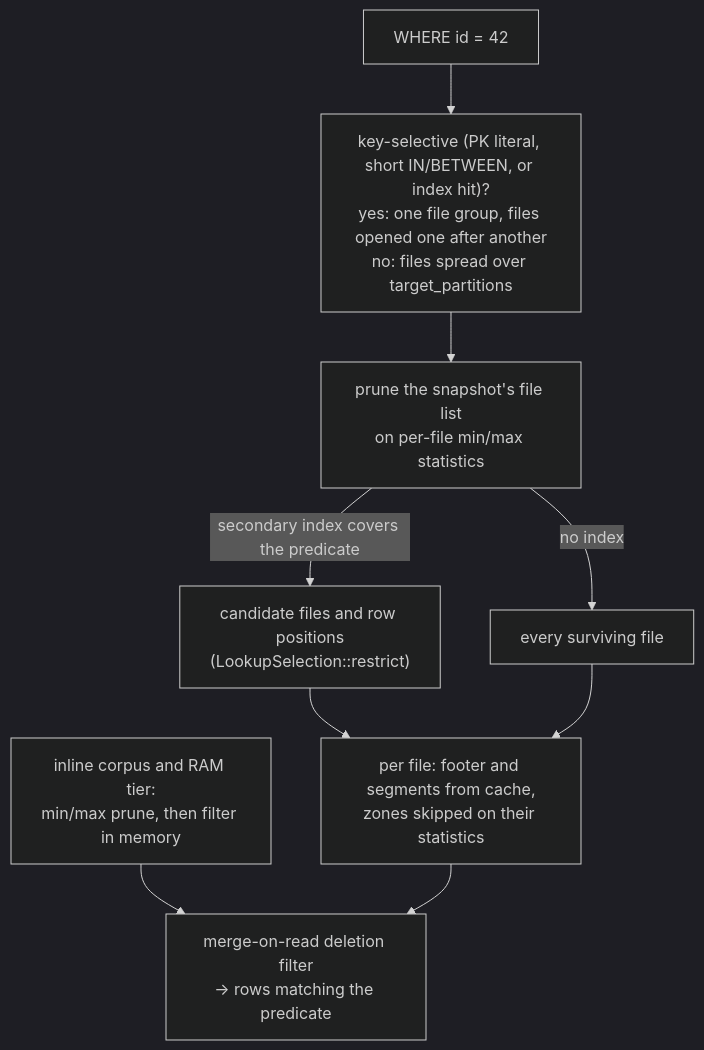
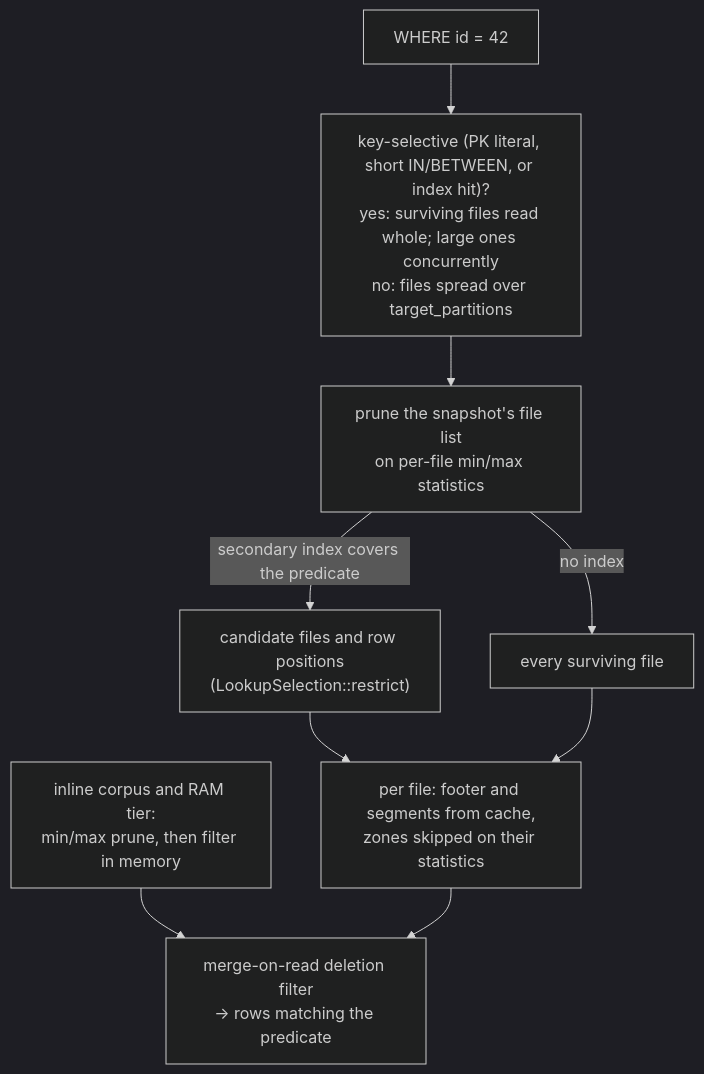
Diagram 19 of 22 in docs/cayenne/cayenne.md (spiceai/spiceai), drawn with Mermaid (dark theme) before and after one commit. The commit also changed other lines of this file and 4 other files, not shown here.

````diff
--- a/docs/cayenne/cayenne.md
+++ b/docs/cayenne/cayenne.md
@@ -1119,11 +1121,11 @@
 ```mermaid
 flowchart TB
-    Q["WHERE id = 42"] --> SEL["key-selective (PK literal, short IN/BETWEEN, or index hit)?<br/>yes: one file group, files opened one after another<br/>no: files spread over target_partitions"]
+    Q["WHERE id = 42"] --> SEL["key-selective (PK literal, short IN/BETWEEN, or index hit)?<br/>yes: surviving files read whole; large ones concurrently<br/>no: files spread over target_partitions"]
     SEL --> PRUNE["prune the snapshot's file list<br/>on per-file min/max statistics"]
     PRUNE -->|"secondary index covers the predicate"| ROWS["candidate files and row positions<br/>(LookupSelection::restrict)"]
     PRUNE -->|"no index"| FILES["every surviving file"]
     ROWS --> OPEN["per file: footer and segments from cache,<br/>zones skipped on their statistics"]
     FILES --> OPEN
     MEM["inline corpus and RAM tier:<br/>min/max prune, then filter in memory"] --> DEL
     OPEN --> DEL["merge-on-read deletion filter<br/>→ rows matching the predicate"]
 ```
````
